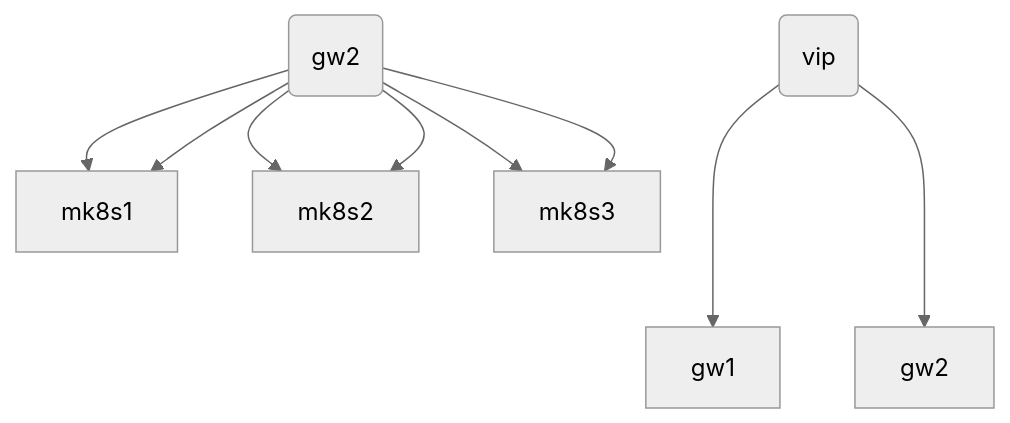
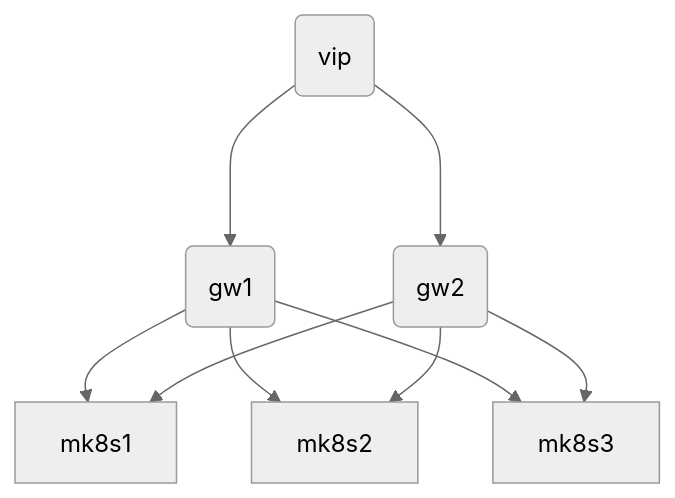
One commit to PrimeEuler/microcloud changed the diagram in README.md. Above: the diagram before and after it, drawn with Mermaid (neutral theme).

````diff
--- a/README.md
+++ b/README.md
@@ -4,11 +4,12 @@
 ```mermaid
 graph TD;
-    A(vip)--->gw1;
-    A(vip)--->gw2;
-    B(gw1)-->mk8s1;
-    B(gw1)-->mk8s2;
-    B(gw1)-->mk8s3;
-    B(gw2)-->mk8s1;
-    B(gw2)-->mk8s2;
-    B(gw2)-->mk8s3;
+    A(vip)
+    A--->B(gw1);
+    A--->C(gw2);
+    B-->mk8s1;
+    B-->mk8s2;
+    B-->mk8s3;
+    C-->mk8s1;
+    C-->mk8s2;
+    C-->mk8s3;
 ```
````
